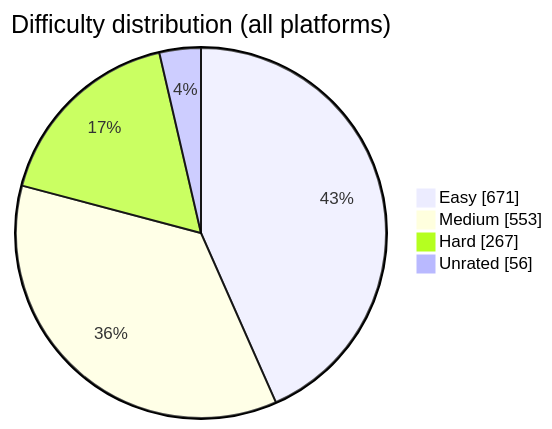
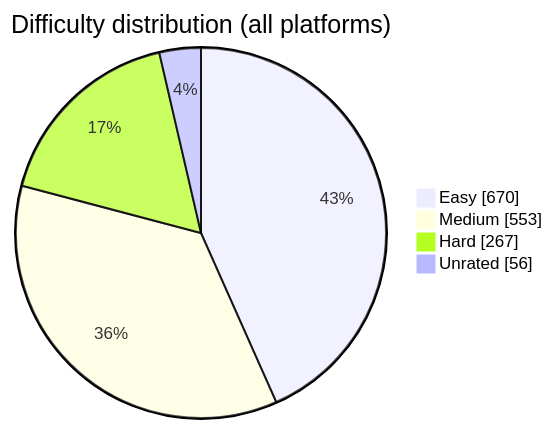
Before and after one commit to BuildbyArindam/Daily-Coding-Log: the diagram in README.md, drawn with Mermaid. The commit also changed other lines of this file, not shown here.

````diff
--- a/README.md
+++ b/README.md
@@ -93,7 +93,7 @@
 ```mermaid
 pie showData title Difficulty distribution (all platforms)
-    "Easy" : 671
+    "Easy" : 670
     "Medium" : 553
     "Hard" : 267
     "Unrated" : 56
 ```
````
